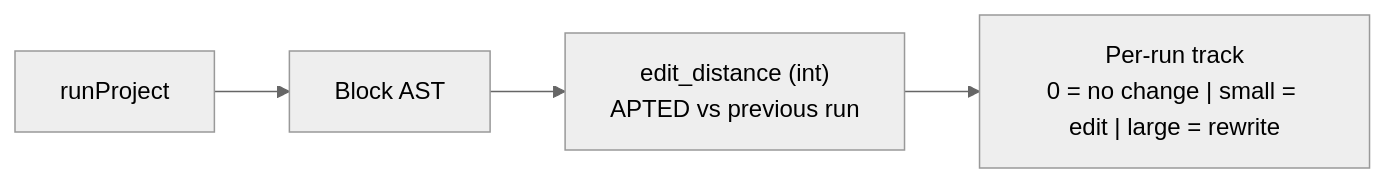
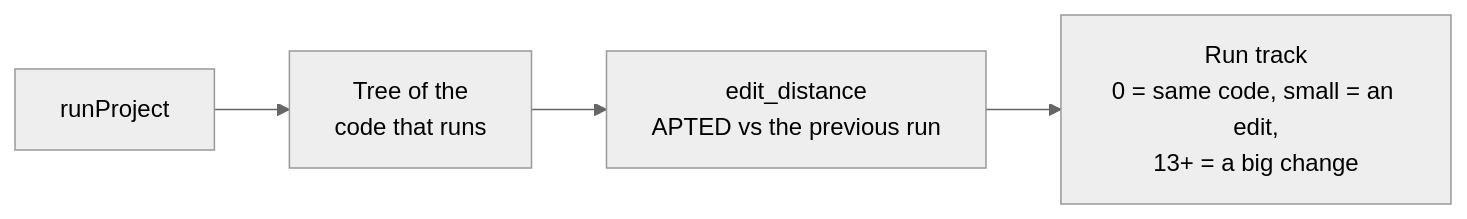
One commit to InviteInstitute/lm-dashboard changed the second of 3 diagrams in docs/concepts/write-path.md. Above: the diagram before and after it, drawn with Mermaid (neutral theme). The commit also changed other lines of this file and 21 other files, not shown here.

First line of the commit message:
Rewrite the docs, and keep them in step with the code through Lumen (#114)

````diff
--- a/docs/concepts/write-path.md
+++ b/docs/concepts/write-path.md
@@ -133,6 +125,6 @@
 ```mermaid
 flowchart LR
-    run["runProject"] --> ast["Block AST"]
-    ast --> ed["edit_distance (int)<br/>APTED vs previous run"]
-    ed --> track["Per-run track<br/>0 = no change | small = edit | large = rewrite"]
+    run["runProject"] --> ast["Tree of the<br/>code that runs"]
+    ast --> ed["edit_distance<br/>APTED vs the previous run"]
+    ed --> track["Run track<br/>0 = same code, small = an edit,<br/>13+ = a big change"]
 ```
````
